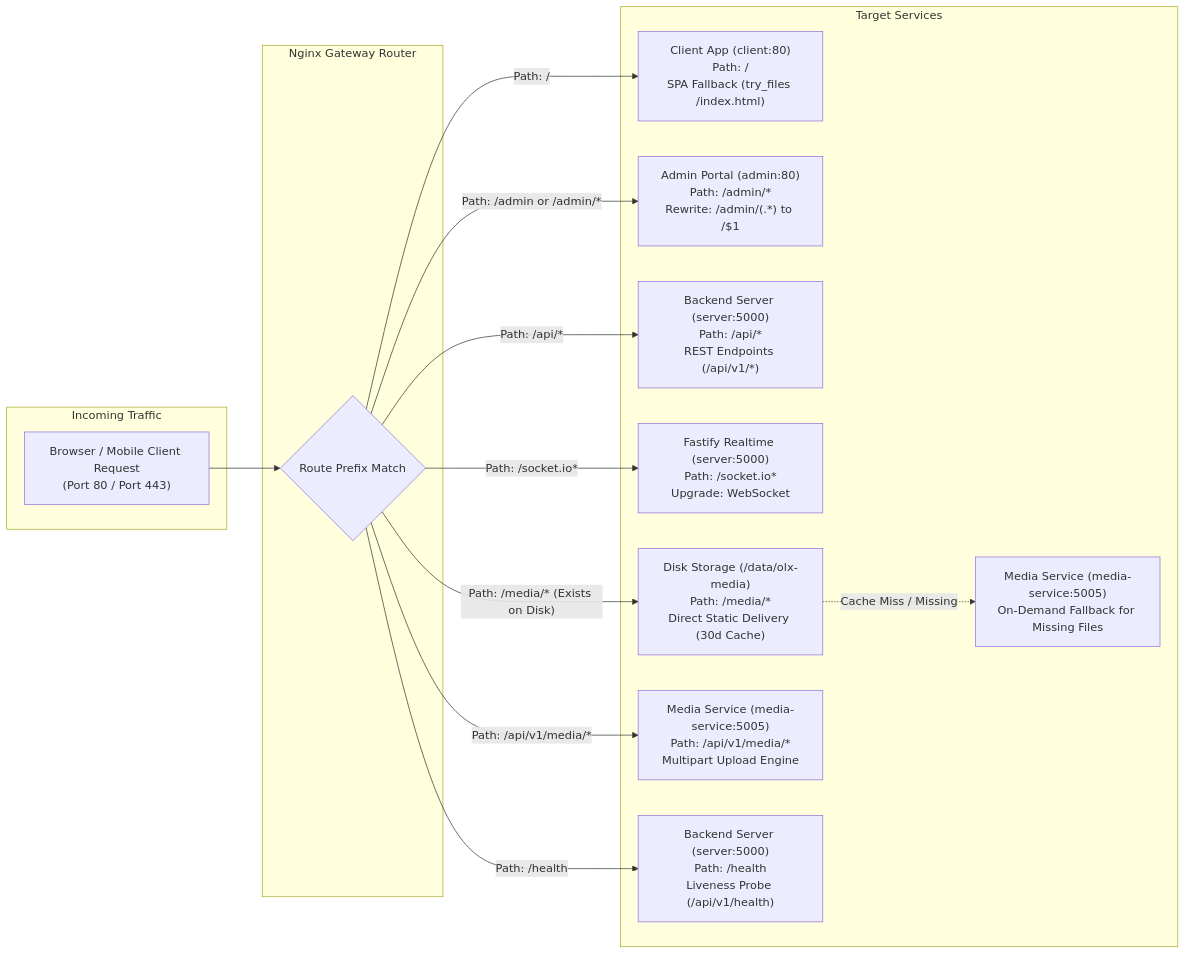
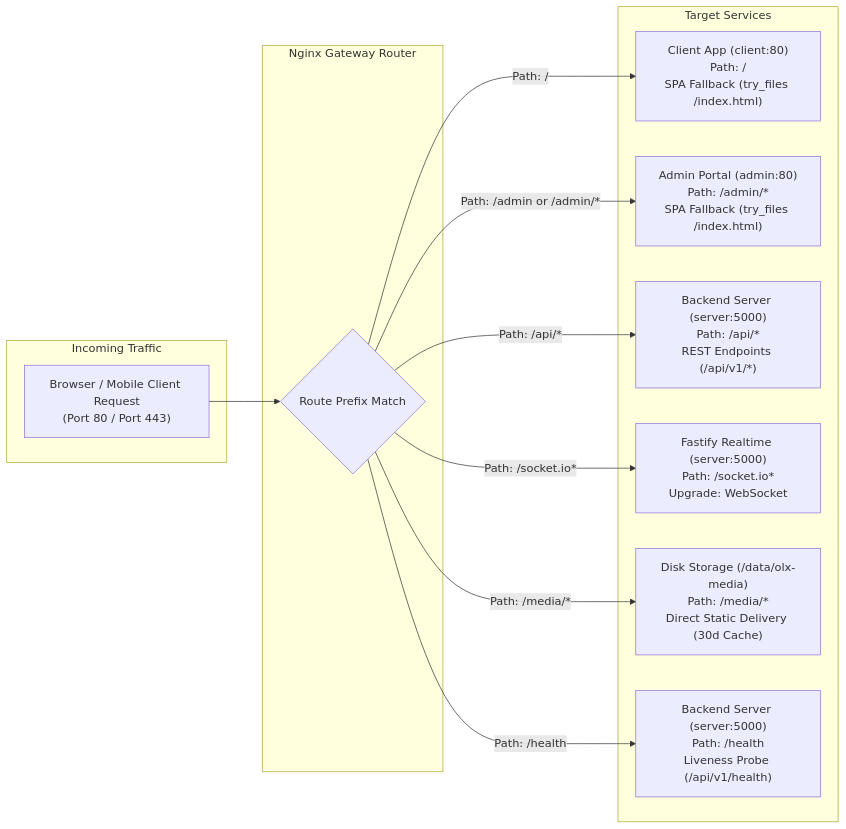
Before and after one commit to bnintelhub/olx: the second of 7 diagrams in README.md, drawn with Mermaid. The commit also changed other lines of this file and 69 other files, not shown here.

````diff
--- a/README.md
+++ b/README.md
@@ -145,32 +144,28 @@
 ```mermaid
 flowchart LR
     subgraph Incoming["Incoming Traffic"]
         Request["Browser / Mobile Client Request<br/>(Port 80 / Port 443)"]
     end
 
     subgraph NginxProxy["Nginx Gateway Router"]
         Match{"Route Prefix Match"}
     end
 
     subgraph Destinations["Target Services"]
         ClientSPA["Client App (client:80)<br/>Path: /<br/>SPA Fallback (try_files /index.html)"]
-        AdminSPA["Admin Portal (admin:80)<br/>Path: /admin/*<br/>Rewrite: /admin/(.*) to /$1"]
+        AdminSPA["Admin Portal (admin:80)<br/>Path: /admin/*<br/>SPA Fallback (try_files /index.html)"]
         FastifyAPI["Backend Server (server:5000)<br/>Path: /api/*<br/>REST Endpoints (/api/v1/*)"]
         SocketIO["Fastify Realtime (server:5000)<br/>Path: /socket.io*<br/>Upgrade: WebSocket"]
         MediaStatic["Disk Storage (/data/olx-media)<br/>Path: /media/*<br/>Direct Static Delivery (30d Cache)"]
-        MediaFallback["Media Service (media-service:5005)<br/>On-Demand Fallback for Missing Files"]
-        MediaUploadAPI["Media Service (media-service:5005)<br/>Path: /api/v1/media/*<br/>Multipart Upload Engine"]
         HealthCheck["Backend Server (server:5000)<br/>Path: /health<br/>Liveness Probe (/api/v1/health)"]
     end
 
     Request --> Match
 
     Match -->|"Path: /"| ClientSPA
     Match -->|"Path: /admin or /admin/*"| AdminSPA
     Match -->|"Path: /api/*"| FastifyAPI
     Match -->|"Path: /socket.io*"| SocketIO
-    Match -->|"Path: /media/* (Exists on Disk)"| MediaStatic
-    MediaStatic -.->|"Cache Miss / Missing"| MediaFallback
-    Match -->|"Path: /api/v1/media/*"| MediaUploadAPI
+    Match -->|"Path: /media/*"| MediaStatic
     Match -->|"Path: /health"| HealthCheck
 ```
````
